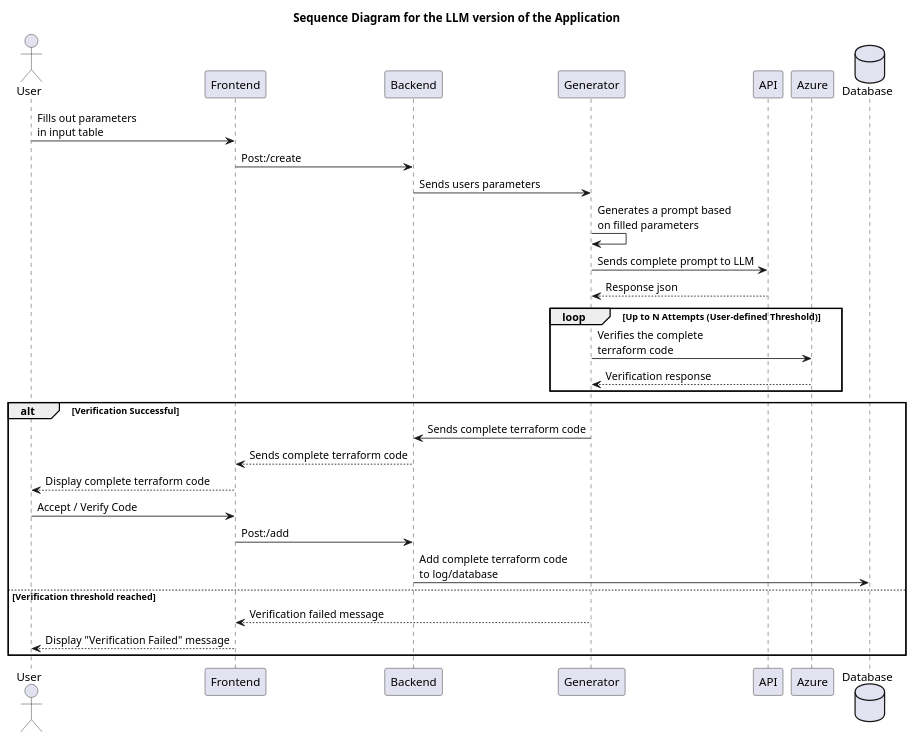
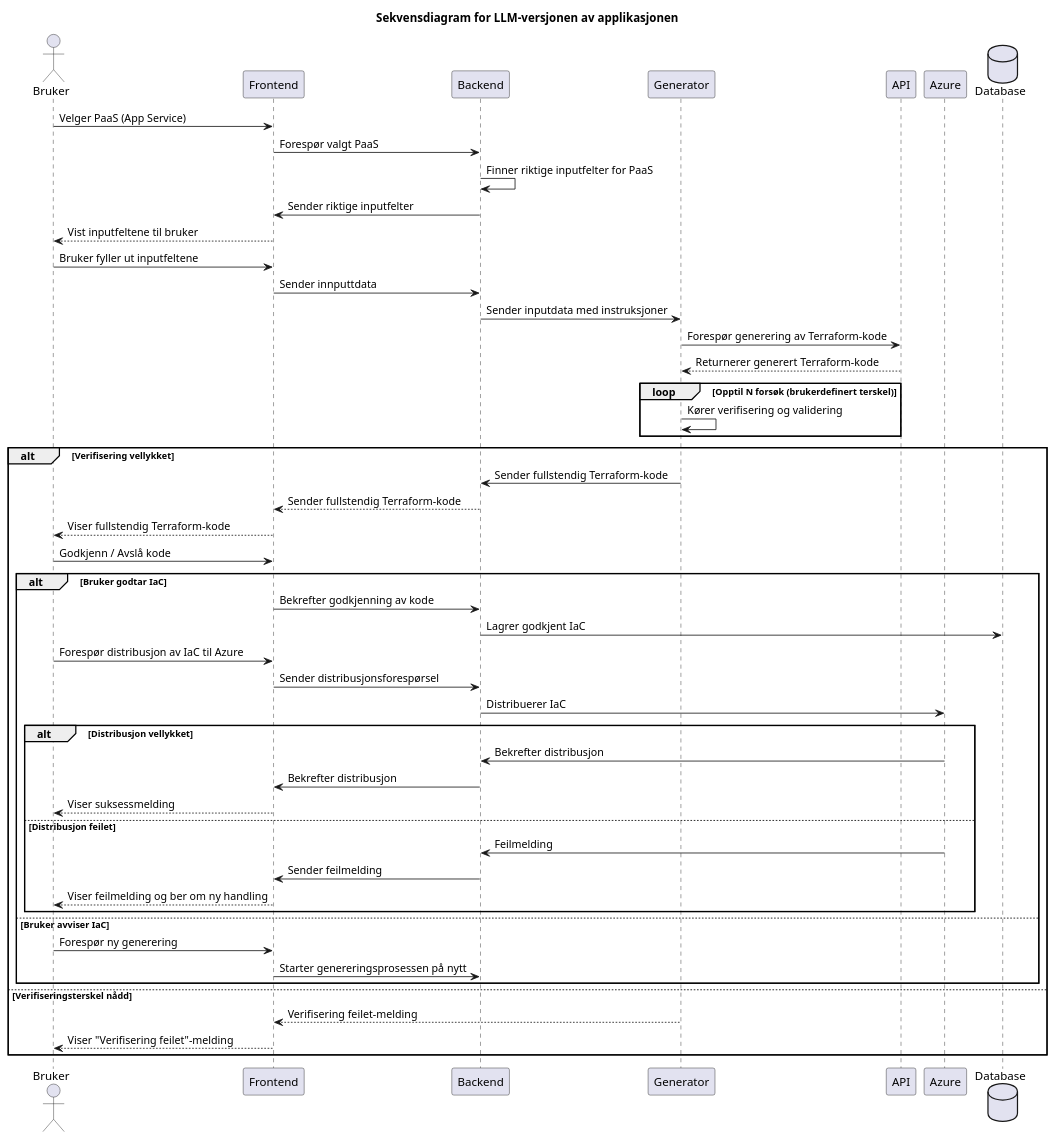
Before and after one commit to Bachelor-B25ITK12/Diagrammer: the diagram in UML_Diagrammer/LLM_Application_Flow.puml, drawn with PlantUML.

Commit message:
oppdaterte applikasjons flytsdiagram for manuell og LLM.

```diff
--- a/UML_Diagrammer/LLM_Application_Flow.puml
+++ b/UML_Diagrammer/LLM_Application_Flow.puml
@@ -1,42 +1,63 @@
 @startuml
 'https://plantuml.com/sequence-diagram
 
-' This is for the LLM version of the application '
-title Sequence Diagram for the LLM version of the Application
+' Dette er for LLM-versjonen av applikasjonen '
+title Sekvensdiagram for LLM-versjonen av applikasjonen
 
-' Actors '
-actor           User            as  User
+' Aktører '
+actor           Bruker          as  Bruker
 participant     Frontend        as  Frontend
 participant     Backend         as  Backend
 participant     Generator       as  Generator
 participant     API             as  API
 participant     Azure           as  Azure
 database        Database        as  Database
 
-' Connections between participants '
-User        ->      Frontend    :   Fills out parameters \nin input table
-Frontend    ->      Backend     :   Post:/create
-Backend     ->      Generator   :   Sends users parameters
-Generator   ->      Generator   :   Generates a prompt based \non filled parameters
-Generator   ->      API         :   Sends complete prompt to LLM
-API         -->     Generator   :   Response json
+Bruker        ->      Frontend        :   Velger PaaS (App Service)
+Frontend      ->      Backend         :   Forespør valgt PaaS
+Backend       ->      Backend         :   Finner riktige inputfelter for PaaS
+Backend       ->      Frontend        :   Sender riktige inputfelter
+Frontend      -->     Bruker          :   Vist inputfeltene til bruker
+Bruker        ->      Frontend        :   Bruker fyller ut inputfeltene
+Frontend      ->      Backend         :   Sender innputtdata
+Backend       ->      Generator       :   Sender inputdata med instruksjoner
 
-' Verification Step '
-loop Up to N Attempts (User-defined Threshold)
-    Generator   ->      Azure       :   Verifies the complete\nterraform code
-    Azure       -->     Generator   :   Verification response
+' Kommunikasjon med LLM API for generering av Terraform-kode '
+Generator    ->      API             :   Forespør generering av Terraform-kode
+API          -->     Generator       :   Returnerer generert Terraform-kode
+
+' Terraform validering '
+loop Opptil N forsøk (brukerdefinert terskel)
+    Generator   ->      Generator   :   Kører verifisering og validering
 end loop
 
-alt Verification Successful
-    Generator   ->      Backend     :   Sends complete terraform code
-    Backend     -->     Frontend    :   Sends complete terraform code
-    Frontend    -->     User        :   Display complete terraform code
-    User        ->      Frontend    :   Accept / Verify Code
-    Frontend    ->      Backend     :   Post:/add
-    Backend     ->      Database    :   Add complete terraform code\nto log/database
-else Verification threshold reached
-    Generator   -->     Frontend    :   Verification failed message
-    Frontend    -->     User        :   Display "Verification Failed" message
+alt Verifisering vellykket
+    Generator   ->      Backend     :   Sender fullstendig Terraform-kode
+    Backend     -->     Frontend    :   Sender fullstendig Terraform-kode
+    Frontend    -->     Bruker      :   Viser fullstendig Terraform-kode
+    Bruker      ->      Frontend    :   Godkjenn / Avslå kode
+    alt Bruker godtar IaC
+        Frontend    ->      Backend         :   Bekrefter godkjenning av kode
+        Backend     ->      Database        :   Lagrer godkjent IaC
+        Bruker      ->      Frontend        :   Forespør distribusjon av IaC til Azure
+        Frontend    ->      Backend         :   Sender distribusjonsforespørsel
+        Backend     ->      Azure           :   Distribuerer IaC
+        alt Distribusjon vellykket
+            Azure       ->      Backend         :   Bekrefter distribusjon
+            Backend     ->      Frontend        :   Bekrefter distribusjon
+            Frontend    -->     Bruker          :   Viser suksessmelding
+        else Distribusjon feilet
+            Azure       ->      Backend         :   Feilmelding
+            Backend     ->      Frontend        :   Sender feilmelding
+            Frontend    -->     Bruker          :   Viser feilmelding og ber om ny handling
+        end
+    else Bruker avviser IaC
+        Bruker      ->      Frontend        :   Forespør ny generering
+        Frontend    ->      Backend         :   Starter genereringsprosessen på nytt
+    end
+else Verifiseringsterskel nådd
+    Generator   -->     Frontend    :   Verifisering feilet-melding
+    Frontend    -->     Bruker      :   Viser "Verifisering feilet"-melding
 end alt
 
 @enduml
```
